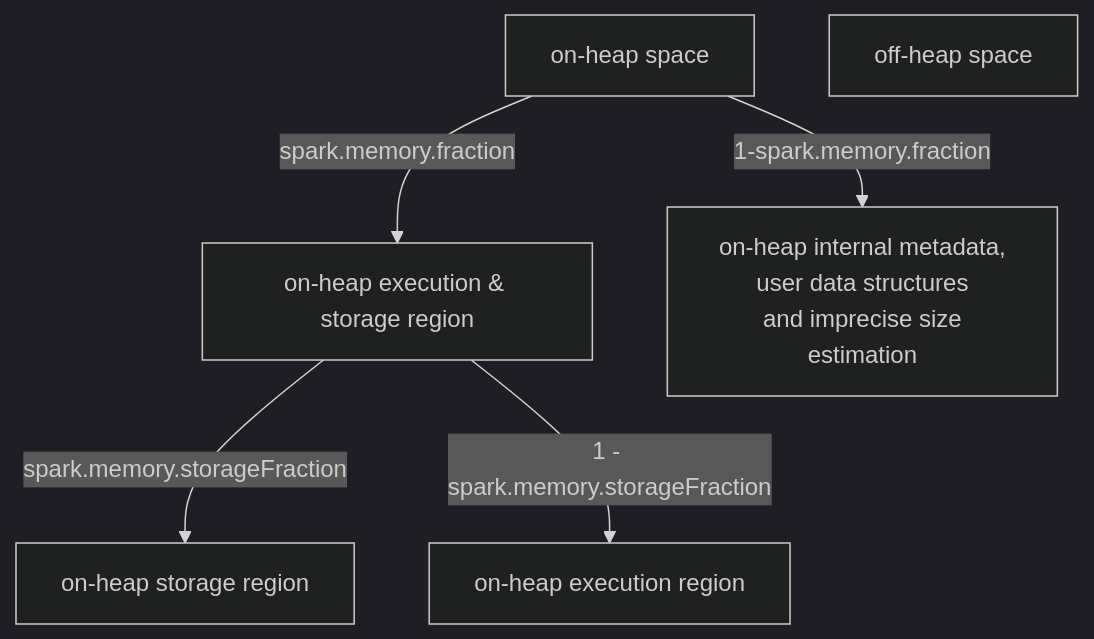
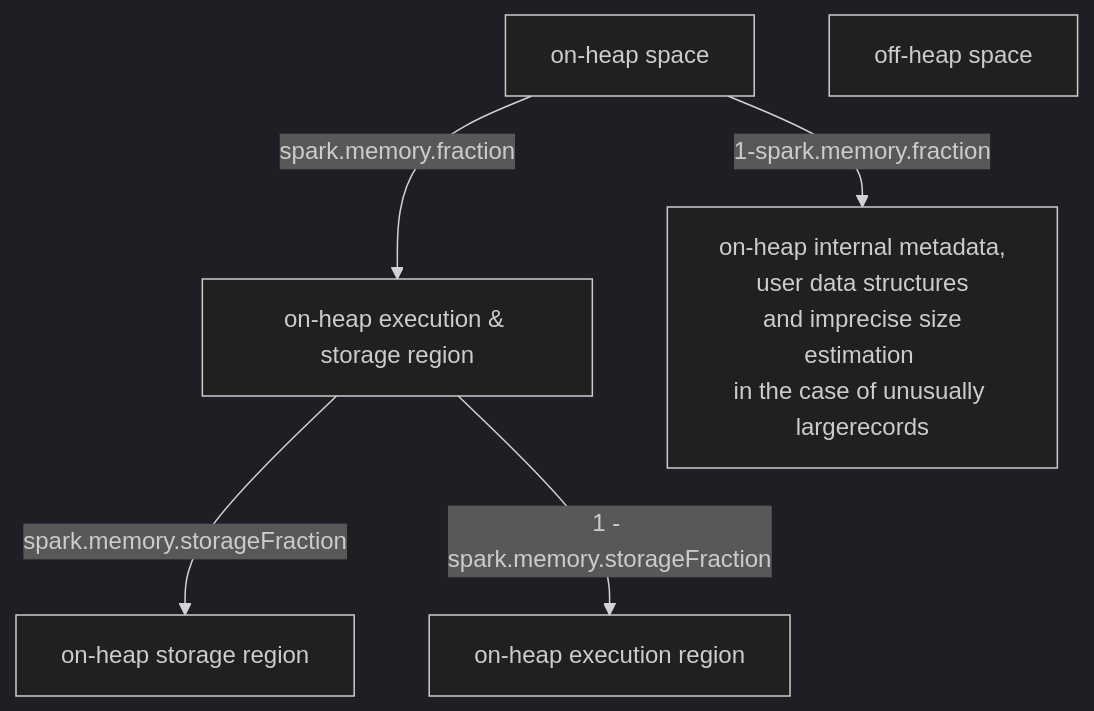
Before and after one commit to EnzoBnl/enzobnl: the diagram in spark.md, drawn with Mermaid (dark theme). The commit also changed other lines of this file, not shown here.

````diff
--- a/spark.md
+++ b/spark.md
@@ -44,13 +44,13 @@
 ```mermaid
 graph TB
 0[on-heap execution & storage region]
 1[on-heap space]
 2[off-heap space]
 3[on-heap execution region]
 4[on-heap storage region]
-5[on-heap internal metadata,<br/>user data structures<br/> and imprecise size estimation]
+5[on-heap internal metadata,<br/>user data structures<br/> and imprecise size estimation <br/>in the case of unusually largerecords]
 1 --spark.memory.fraction-->0
 1 --1-spark.memory.fraction-->5
 0 -- spark.memory.storageFraction--> 4
 0 --1 - spark.memory.storageFraction--> 3
 ```
````
